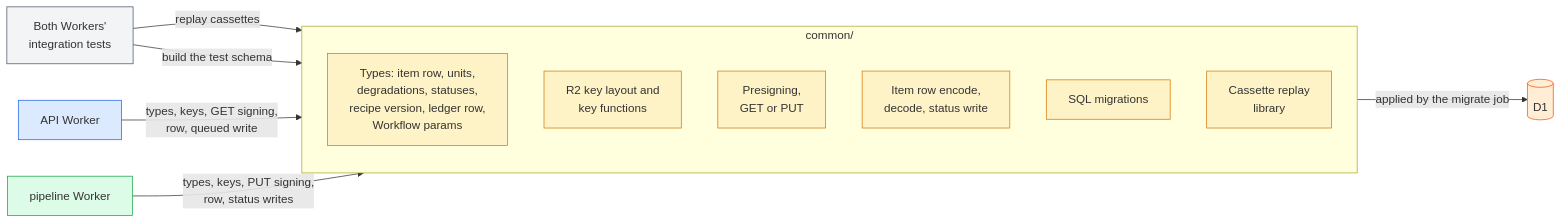
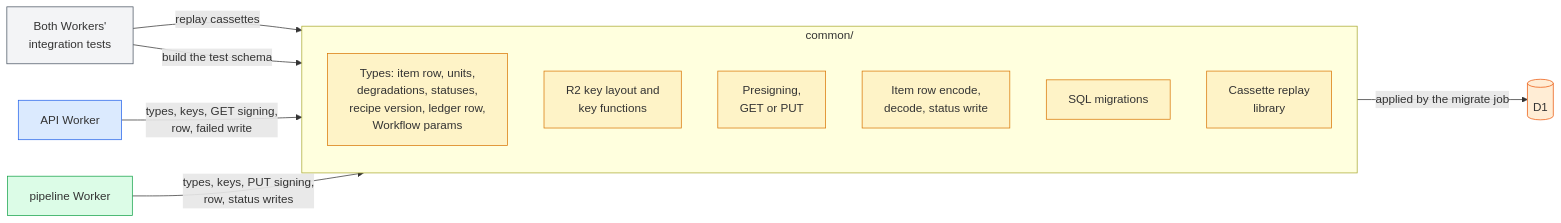
The diagram in docs/technical-design/common-package.md (asermax/nagara), drawn with Mermaid before and after one commit. The commit also changed other lines of this file and 13 other files, not shown here.

````diff
--- a/docs/technical-design/common-package.md
+++ b/docs/technical-design/common-package.md
@@ -15,31 +15,31 @@
 ```mermaid
 flowchart LR
   subgraph common ["common/"]
     direction TB
     types@{ shape: rect, label: "Types: item row, units,<br/>degradations, statuses,<br/>recipe version, ledger row,<br/>Workflow params" }
     keys@{ shape: rect, label: "R2 key layout and<br/>key functions" }
     sign@{ shape: rect, label: "Presigning,<br/>GET or PUT" }
     row@{ shape: rect, label: "Item row encode,<br/>decode, status write" }
     mig@{ shape: rect, label: "SQL migrations" }
     vcr@{ shape: rect, label: "Cassette replay<br/>library" }
   end
   api@{ shape: rect, label: "API Worker" }
   pipe@{ shape: rect, label: "pipeline Worker" }
   d1@{ shape: cyl, label: "D1" }
   tests@{ shape: rect, label: "Both Workers'<br/>integration tests" }
-  api -->|"types, keys, GET signing,<br/>row, queued write"| common
+  api -->|"types, keys, GET signing,<br/>row, failed write"| common
   pipe -->|"types, keys, PUT signing,<br/>row, status writes"| common
   mig -->|"applied by the migrate job"| d1
   tests -->|"replay cassettes"| vcr
   tests -->|"build the test schema"| mig
   classDef shared fill:#fef3c7,stroke:#d97706
   classDef worker fill:#dbeafe,stroke:#2563eb
   classDef flow fill:#dcfce7,stroke:#16a34a
   classDef store fill:#ffedd5,stroke:#ea580c
   classDef tool fill:#f3f4f6,stroke:#4b5563
   class types,keys,sign,row,mig,vcr shared
   class api worker
   class pipe flow
   class d1 store
   class tests tool
 ```
````
